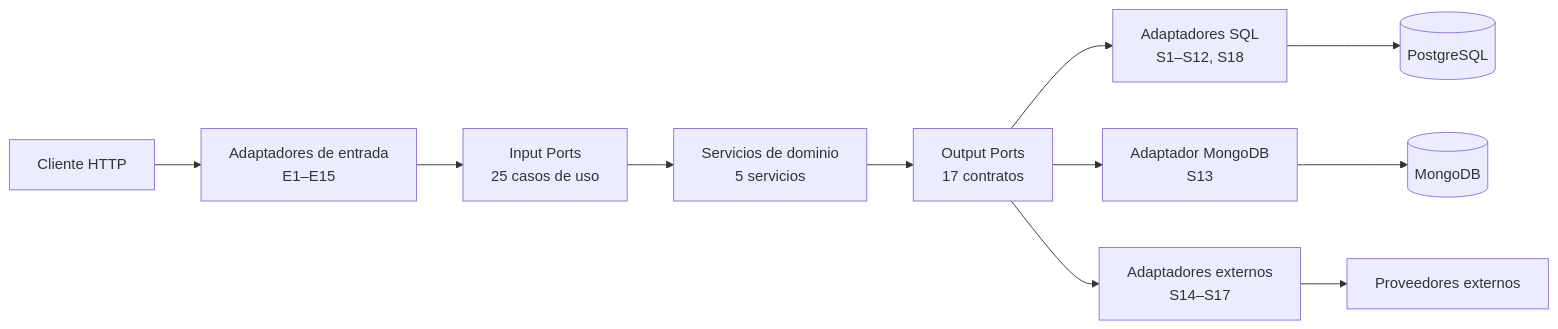
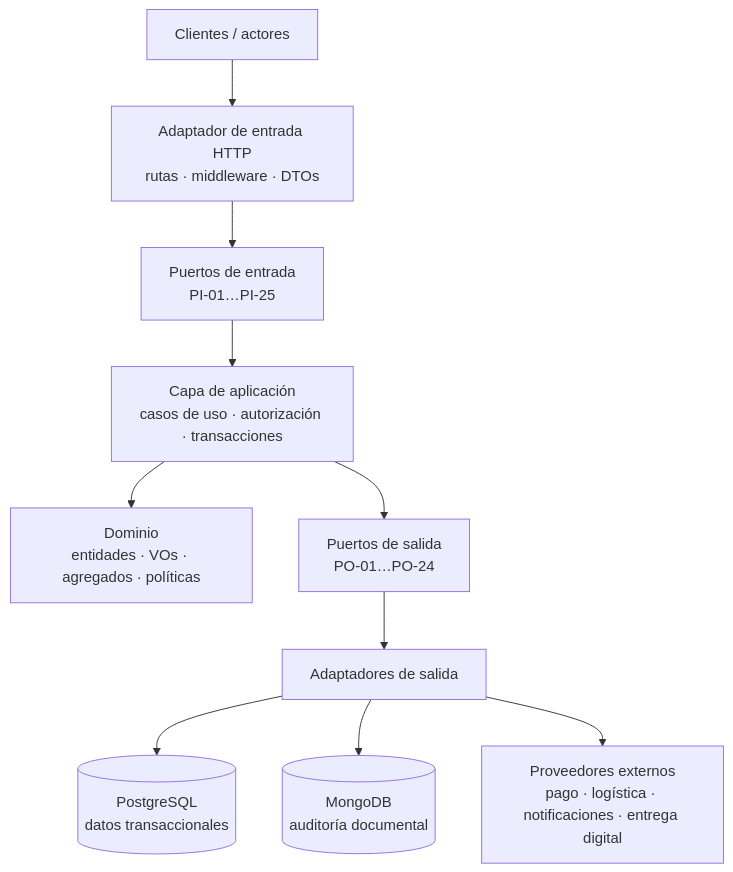
One commit to SamuuVA/Programacion-Web-2-2026 changed the diagram in README.md. Above: the diagram before and after it, drawn with Mermaid. The commit also changed other lines of this file and 61 other files, not shown here.

````diff
--- a/README.md
+++ b/README.md
@@ -120,13 +182,12 @@
 ```mermaid
-flowchart LR
-    HTTP["Cliente HTTP"] --> REST["Adaptadores de entrada<br/>E1–E15"]
-    REST --> IP["Input Ports<br/>25 casos de uso"]
-    IP --> SVC["Servicios de dominio<br/>5 servicios"]
-    SVC --> OP["Output Ports<br/>17 contratos"]
-    OP --> SQL["Adaptadores SQL<br/>S1–S12, S18"]
-    OP --> MONGO["Adaptador MongoDB<br/>S13"]
-    OP --> EXT["Adaptadores externos<br/>S14–S17"]
-    SQL --> PG[("PostgreSQL")]
-    MONGO --> MDB[("MongoDB")]
-    EXT --> PRV["Proveedores externos"]
+flowchart TB
+    A["Clientes / actores"] --> B["Adaptador de entrada HTTP<br/>rutas · middleware · DTOs"]
+    B --> C["Puertos de entrada<br/>PI-01…PI-25"]
+    C --> D["Capa de aplicación<br/>casos de uso · autorización · transacciones"]
+    D --> E["Dominio<br/>entidades · VOs · agregados · políticas"]
+    D --> F["Puertos de salida<br/>PO-01…PO-24"]
+    F --> G["Adaptadores de salida"]
+    G --> H[("PostgreSQL<br/>datos transaccionales")]
+    G --> I[("MongoDB<br/>auditoría documental")]
+    G --> J["Proveedores externos<br/>pago · logística · notificaciones · entrega digital"]
 ```
````
